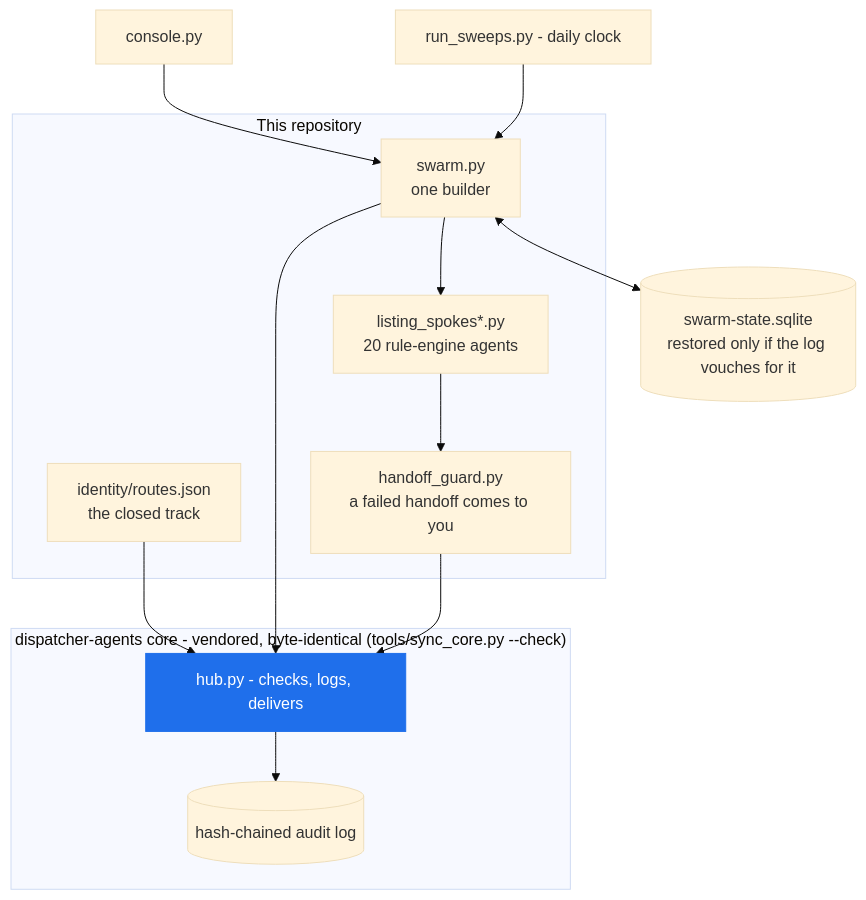
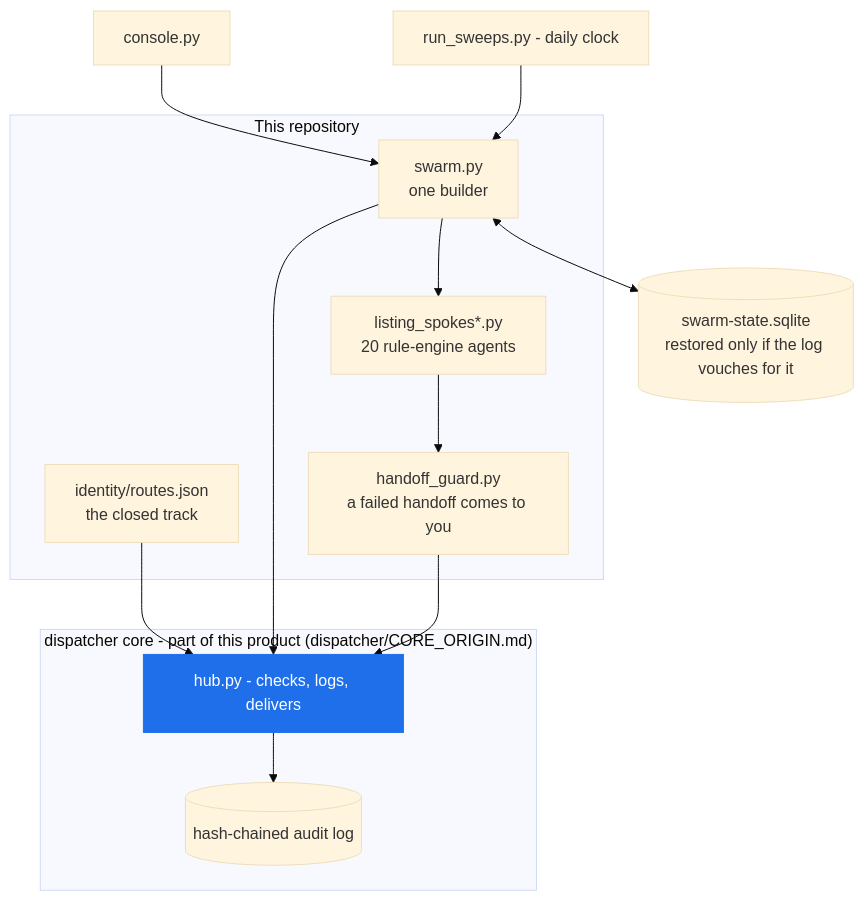
One commit to QuietFireAI/listing-assistants changed the first of 3 diagrams in docs/OPERATOR_TUNING_GUIDE.md. Above: the diagram before and after it, drawn with Mermaid (base theme). The commit also changed other lines of this file and 21 other files, not shown here.

First line of the commit message:
One product: the dispatcher core is folded in, no longer copied from dispatcher-agents

````diff
--- a/docs/OPERATOR_TUNING_GUIDE.md
+++ b/docs/OPERATOR_TUNING_GUIDE.md
@@ -21,24 +21,24 @@
 ```mermaid
 flowchart TB
-    subgraph CORE["dispatcher-agents core - vendored, byte-identical (tools/sync_core.py --check)"]
+    subgraph CORE["dispatcher core - part of this product (dispatcher/CORE_ORIGIN.md)"]
         HUB["hub.py - checks, logs, delivers"]
         LOG[("hash-chained audit log")]
         HUB --> LOG
     end
     subgraph IDENTITY["This repository"]
         R["identity/routes.json<br/>the closed track"]
         SP["listing_spokes*.py<br/>20 rule-engine agents"]
         HG["handoff_guard.py<br/>a failed handoff comes to you"]
         SW["swarm.py<br/>one builder"]
     end
     R --> HUB
     SW --> HUB
     SW --> SP
     SP --> HG --> HUB
     ST[("swarm-state.sqlite<br/>restored only if the log vouches for it")]
     SW <--> ST
     C["console.py"] --> SW
     CL["run_sweeps.py - daily clock"] --> SW
     classDef hub fill:#1f6feb,stroke:#1f6feb,color:#ffffff
     class HUB hub
 ```
````
